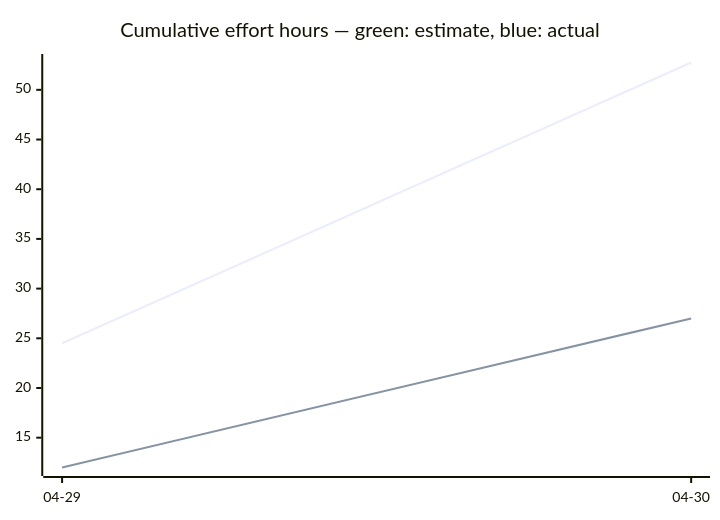
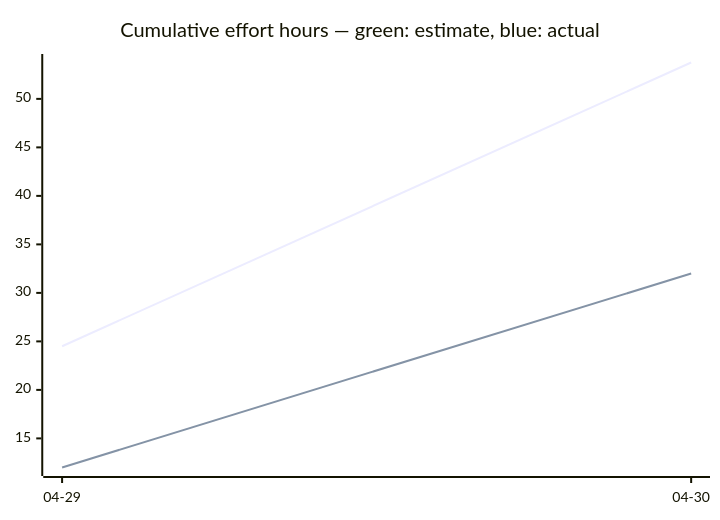
The third of 3 diagrams in docs/developers/tasks/OVERVIEW.md (tgd1975/AwesomeStudioPedal), drawn with Mermaid before and after one commit. The commit also changed other lines of this file and 2 other files, not shown here.

Commit message:
archive IDEA-037: App content pages — converted to EPIC-023
Convert IDEA-037 into EPIC-023 (App content pages and connection
visibility) with nine ordered child tasks TASK-330..338. Idea moved to
archived/ with an Archive Reason pointing at the new epic.

````diff
--- a/docs/developers/tasks/OVERVIEW.md
+++ b/docs/developers/tasks/OVERVIEW.md
@@ -38,7 +38,7 @@
 ```mermaid
 xychart-beta
     title "Cumulative effort hours — green: estimate, blue: actual"
     x-axis ["04-29", "04-30"]
-    line [24.5, 52.75]
-    line [12, 27]
+    line [24.5, 53.75]
+    line [12, 32]
 ```
````
